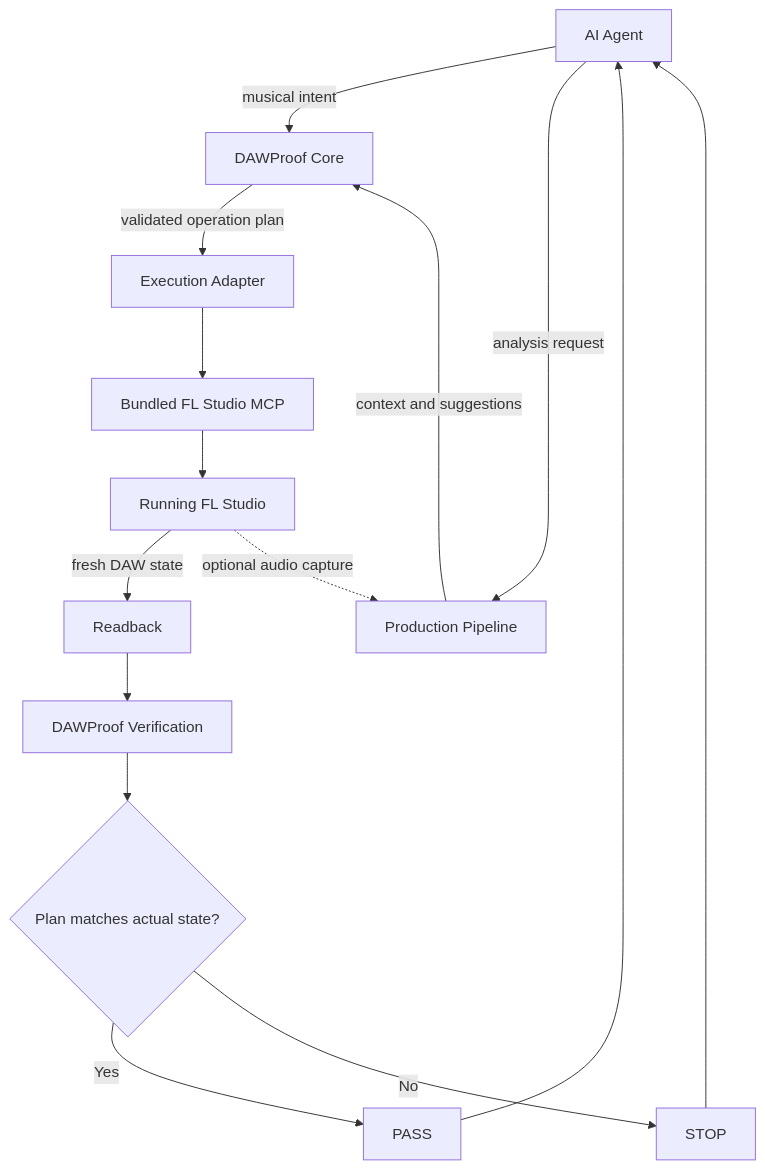
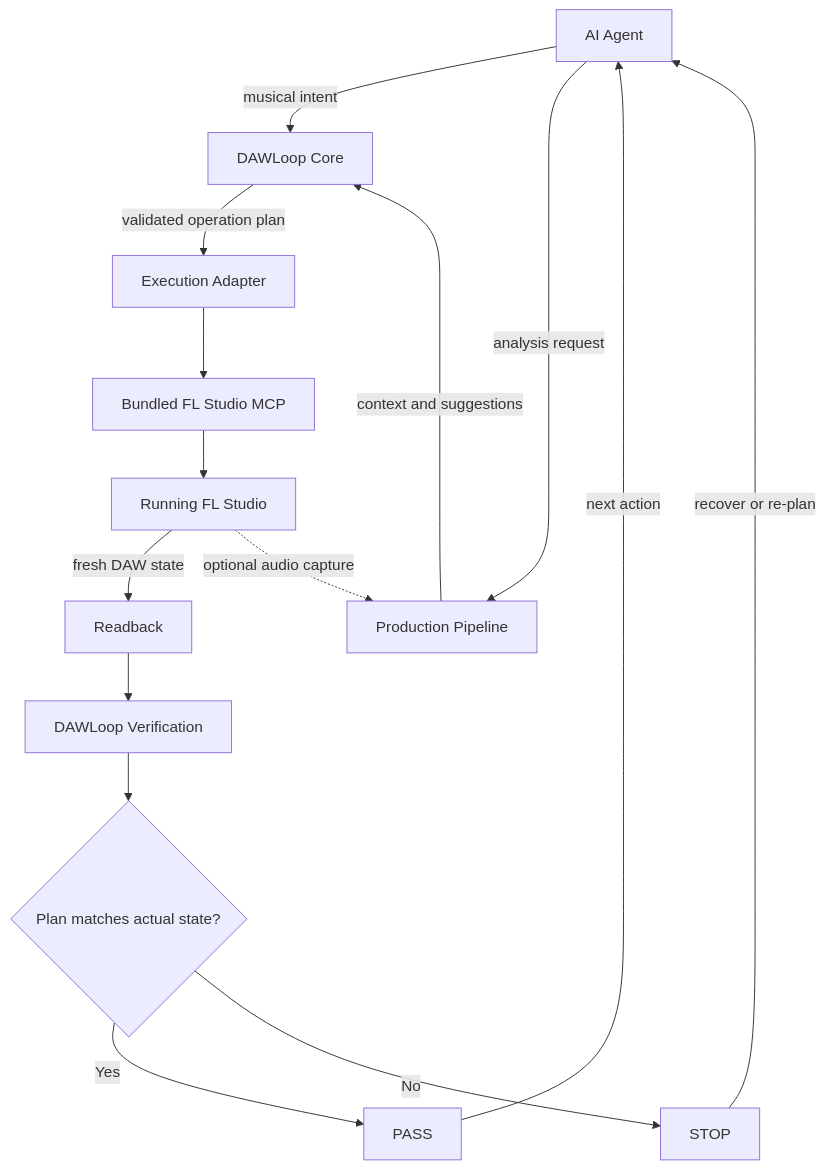
Before and after one commit to ryurikoneko/DAWLoop: the diagram in docs/ARCHITECTURE.md, drawn with Mermaid. The commit also changed other lines of this file and 50 other files, not shown here.

Commit message:
refactor: rename DAWProof to DAWLoop

````diff
--- a/docs/ARCHITECTURE.md
+++ b/docs/ARCHITECTURE.md
@@ -5,17 +5,17 @@
 ```mermaid
 flowchart TD
-    A[AI Agent] -->|musical intent| C[DAWProof Core]
+    A[AI Agent] -->|musical intent| C[DAWLoop Core]
     A -->|analysis request| P[Production Pipeline]
     P -->|context and suggestions| C
     C -->|validated operation plan| X[Execution Adapter]
     X --> M[Bundled FL Studio MCP]
     M --> F[Running FL Studio]
     F -->|fresh DAW state| R[Readback]
-    R --> V[DAWProof Verification]
+    R --> V[DAWLoop Verification]
     V --> D{Plan matches actual state?}
     D -->|Yes| PASS[PASS]
     D -->|No| STOP[STOP]
-    PASS --> A
-    STOP --> A
+    PASS -->|next action| A
+    STOP -->|recover or re-plan| A
     F -. optional audio capture .-> P
 ```
````
